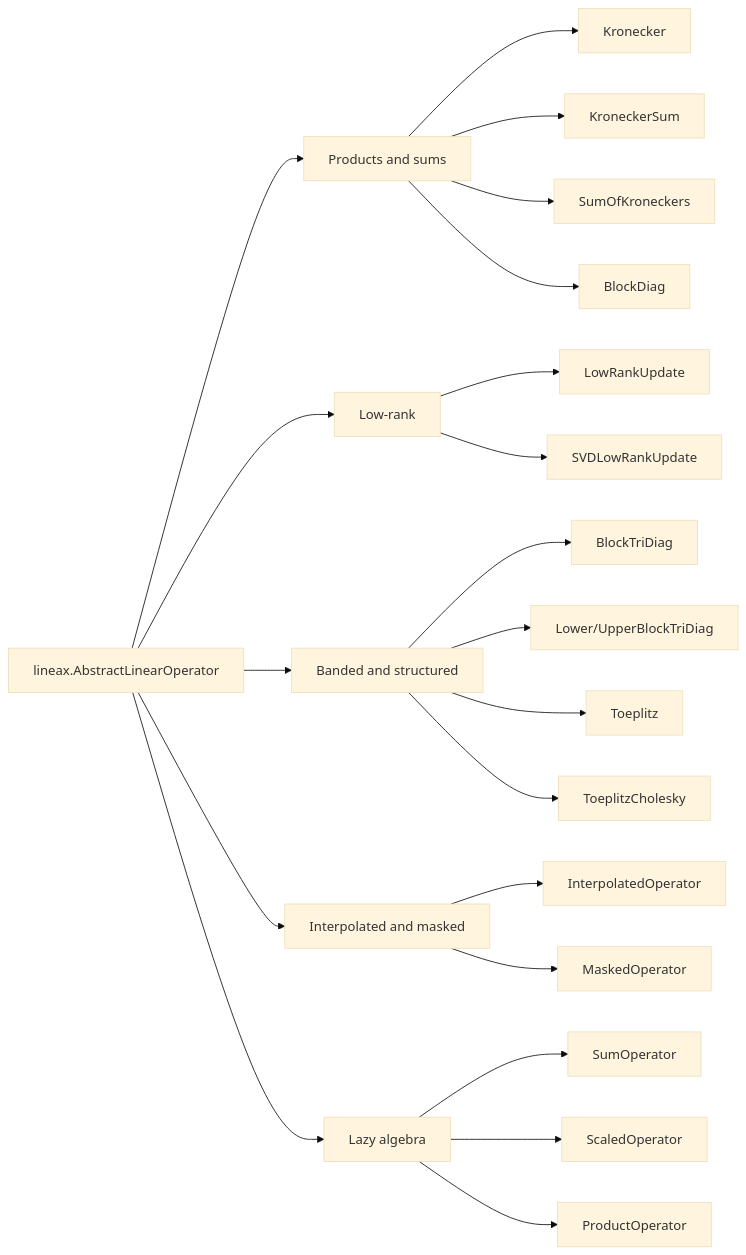
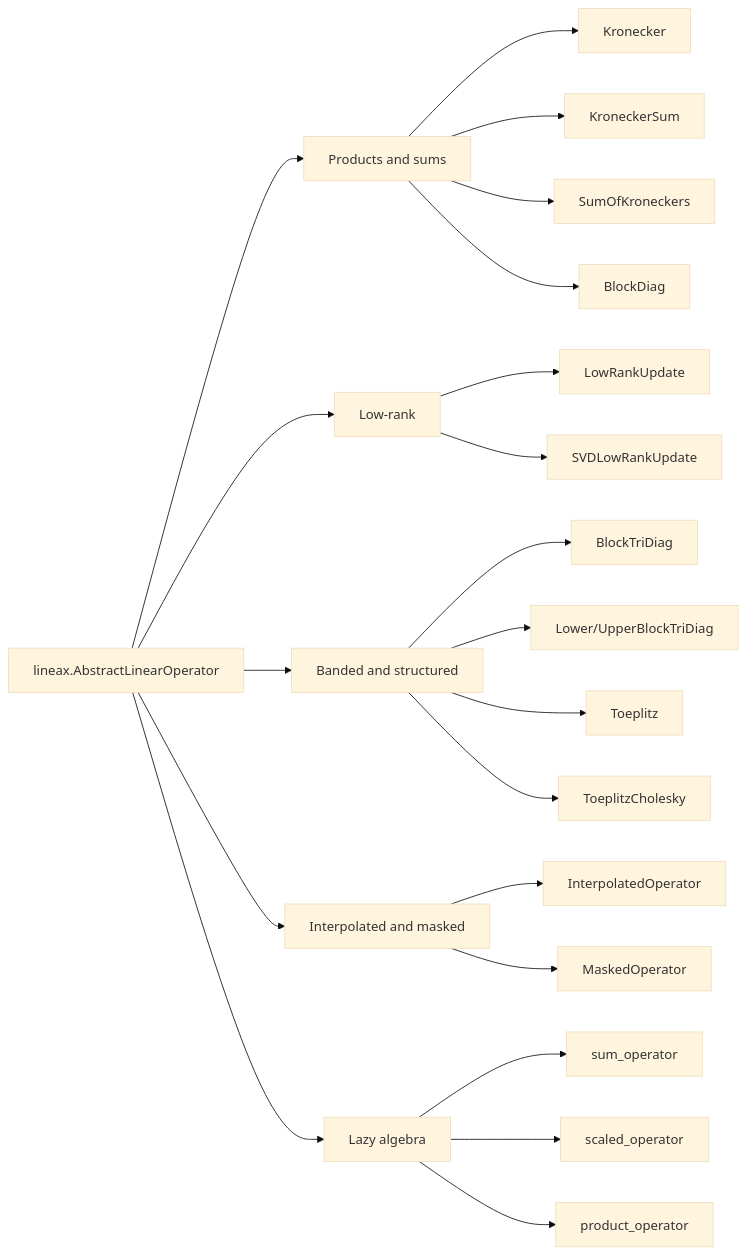
Before and after one commit to jejjohnson/gaussx: the third of 7 diagrams in docs/architecture.md, drawn with Mermaid (base theme). The commit also changed other lines of this file and 74 other files, not shown here.

````diff
--- a/docs/architecture.md
+++ b/docs/architecture.md
@@ -165,30 +165,30 @@
 ```mermaid
 flowchart LR
     ALO["lineax.AbstractLinearOperator"]
 
     ALO --> P["Products and sums"]
     ALO --> LRK["Low-rank"]
     ALO --> B["Banded and structured"]
     ALO --> K["Interpolated and masked"]
     ALO --> LZ["Lazy algebra"]
 
     P --> P1["Kronecker"]
     P --> P2["KroneckerSum"]
     P --> P3["SumOfKroneckers"]
     P --> P4["BlockDiag"]
 
     LRK --> L1["LowRankUpdate"]
     LRK --> L2["SVDLowRankUpdate"]
 
     B --> B1["BlockTriDiag"]
     B --> B2["Lower/UpperBlockTriDiag"]
     B --> B3["Toeplitz"]
     B --> B4["ToeplitzCholesky"]
 
     K --> K1["InterpolatedOperator"]
     K --> K2["MaskedOperator"]
 
-    LZ --> Z1["SumOperator"]
-    LZ --> Z2["ScaledOperator"]
-    LZ --> Z3["ProductOperator"]
+    LZ --> Z1["sum_operator"]
+    LZ --> Z2["scaled_operator"]
+    LZ --> Z3["product_operator"]
 ```
````
